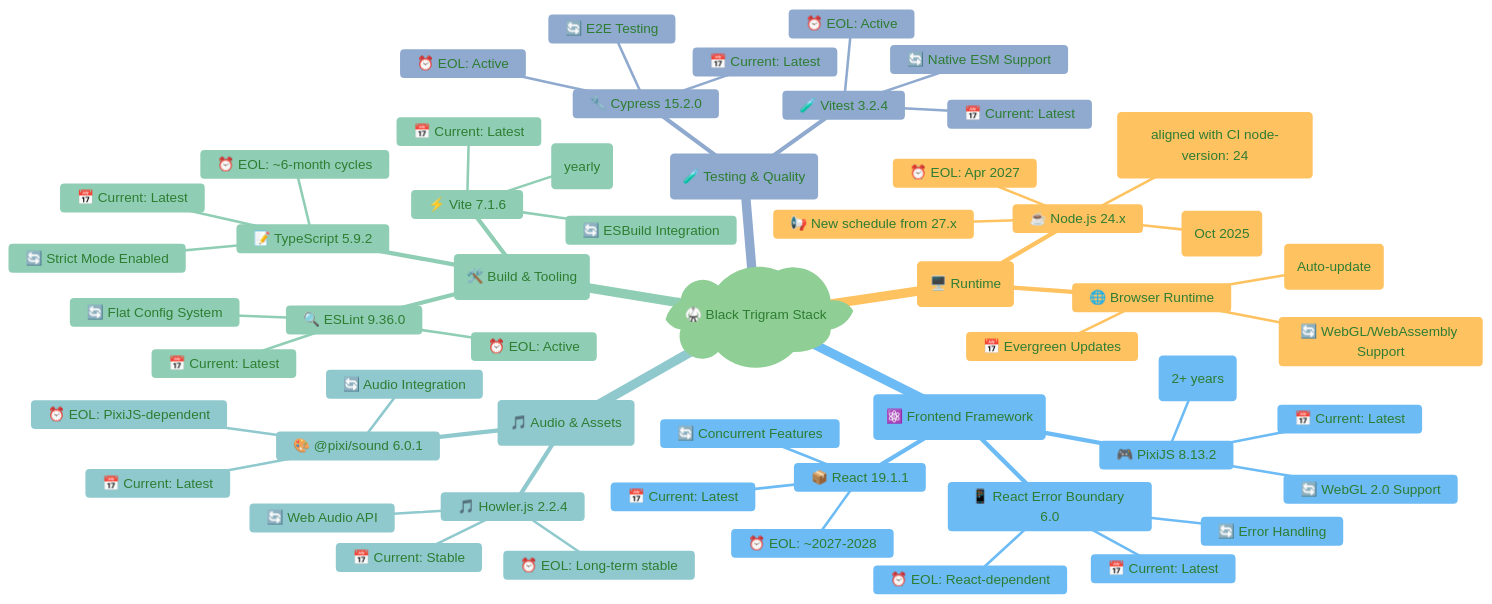
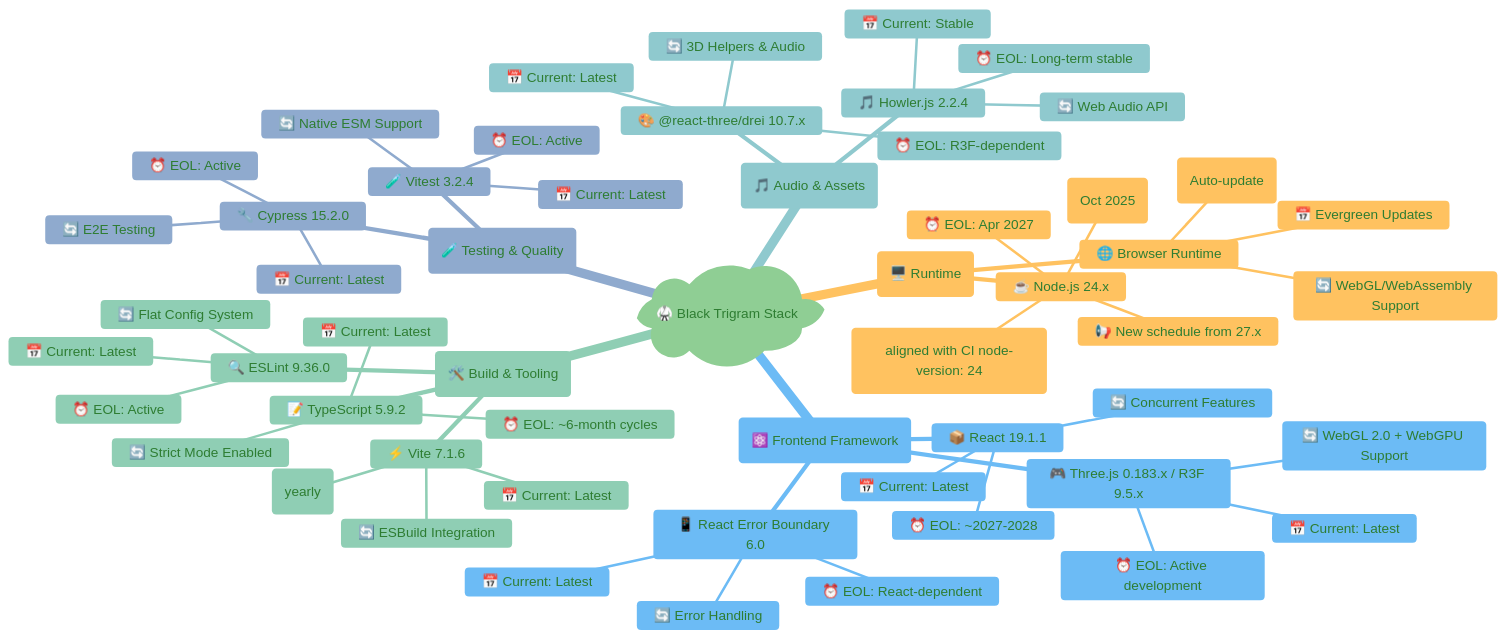
Before and after one commit to Hack23/blacktrigram: the first of 8 diagrams in End-of-Life-Strategy.md, drawn with Mermaid. The commit also changed other lines of this file, not shown here.

First line of the commit message:
Update all PixiJS references to Three.js/R3F throughout End-of-Life-Strategy.md

````diff
--- a/End-of-Life-Strategy.md
+++ b/End-of-Life-Strategy.md
@@ -51,70 +51,70 @@
 ```mermaid
 %%{
   init: {
     'theme': 'base',
     'themeVariables': {
       'primaryColor': '#e8f5e9',
       'primaryTextColor': '#2e7d32',
       'lineColor': '#4caf50',
       'secondaryColor': '#fff3e0',
       'tertiaryColor': '#e3f2fd'
     }
   }
 }%%
 mindmap
   root)🥋 Black Trigram Stack(
     (🖥️ Runtime)
       ☕ Node.js 24.x
         📅 Current: 24.x (aligned with CI node-version: 24)
         ⏰ EOL: Apr 2027
         🔄 Next LTS: 26.x (Oct 2025)
         📢 New schedule from 27.x
       🌐 Browser Runtime
         📅 Evergreen Updates
         ⏰ EOL: N/A (Auto-update)
         🔄 WebGL/WebAssembly Support
     (⚛️ Frontend Framework)
       📦 React 19.1.1
         📅 Current: Latest
         ⏰ EOL: ~2027-2028
         🔄 Concurrent Features
-      🎮 PixiJS 8.13.2
+      🎮 Three.js 0.183.x / R3F 9.5.x
         📅 Current: Latest
-        ⏰ EOL: Active (2+ years)
-        🔄 WebGL 2.0 Support
+        ⏰ EOL: Active development
+        🔄 WebGL 2.0 + WebGPU Support
       📱 React Error Boundary 6.0
         📅 Current: Latest
         ⏰ EOL: React-dependent
         🔄 Error Handling
     (🛠️ Build & Tooling)
       ⚡ Vite 7.1.6
         📅 Current: Latest
         ⏰ EOL: Active (yearly)
         🔄 ESBuild Integration
       📝 TypeScript 5.9.2
         📅 Current: Latest
         ⏰ EOL: ~6-month cycles
         🔄 Strict Mode Enabled
       🔍 ESLint 9.36.0
         📅 Current: Latest
         ⏰ EOL: Active
         🔄 Flat Config System
     (🎵 Audio & Assets)
       🎵 Howler.js 2.2.4
         📅 Current: Stable
         ⏰ EOL: Long-term stable
         🔄 Web Audio API
-      🎨 @pixi/sound 6.0.1
+      🎨 @react-three/drei 10.7.x
         📅 Current: Latest
-        ⏰ EOL: PixiJS-dependent
-        🔄 Audio Integration
+        ⏰ EOL: R3F-dependent
+        🔄 3D Helpers & Audio
     (🧪 Testing & Quality)
       🧪 Vitest 3.2.4
         📅 Current: Latest
         ⏰ EOL: Active
         🔄 Native ESM Support
       🔧 Cypress 15.2.0
         📅 Current: Latest
         ⏰ EOL: Active
         🔄 E2E Testing
 ```
````
